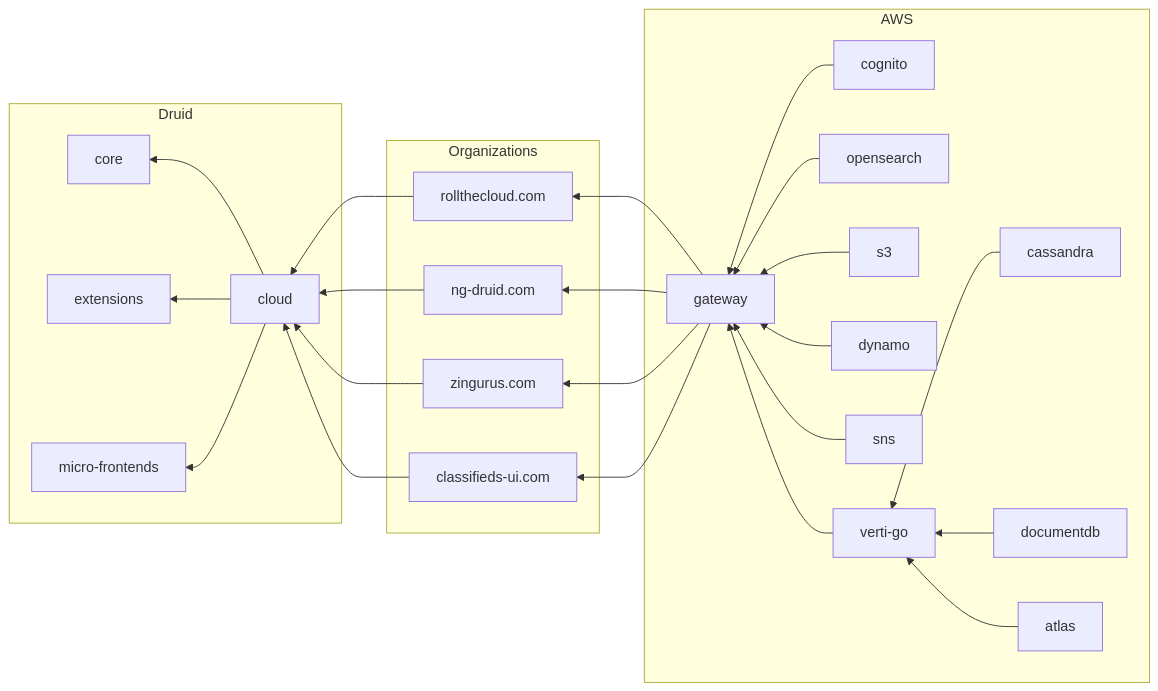
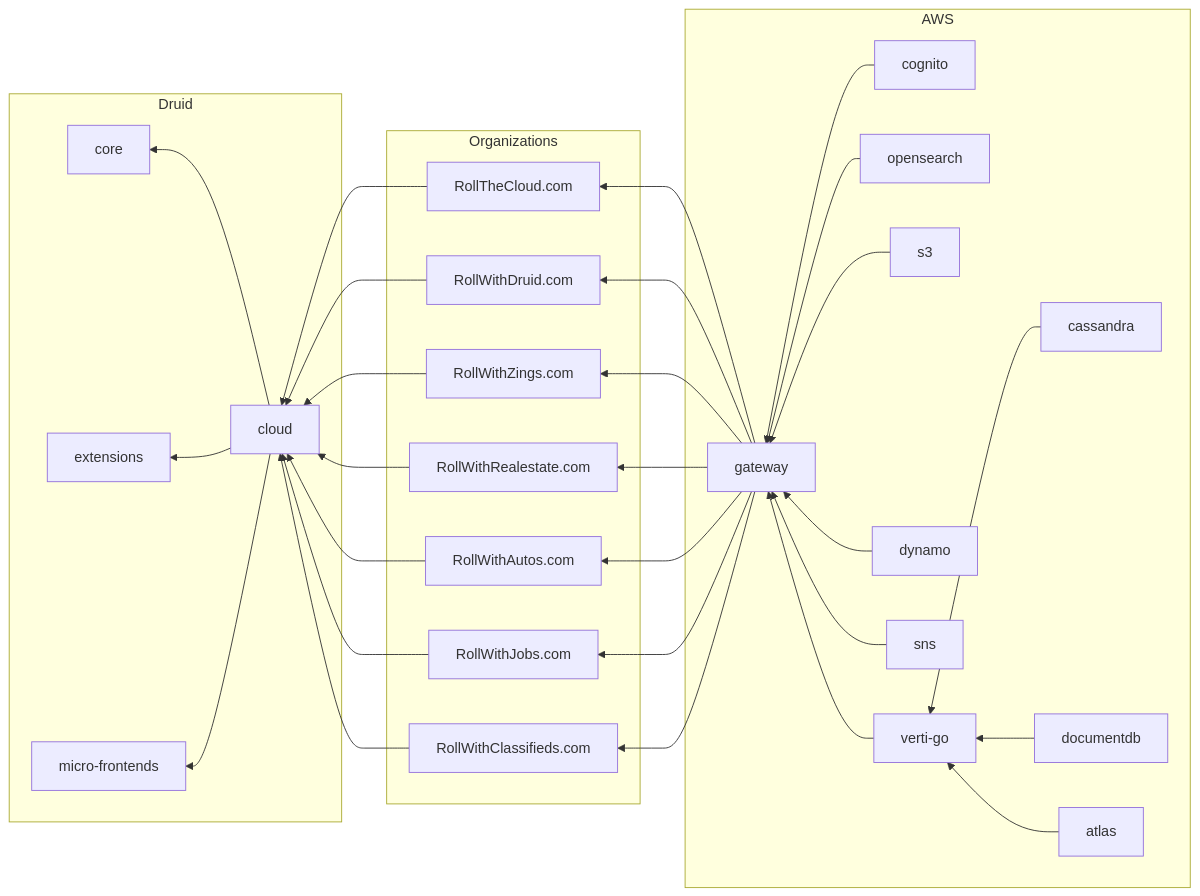
Before and after one commit to rollthecloudinc/quell: the diagram in architecture/ecosystem/README.md, drawn with Mermaid. The commit also changed other lines of this file, not shown here.

````diff
--- a/architecture/ecosystem/README.md
+++ b/architecture/ecosystem/README.md
@@ -5,32 +5,38 @@
 ```mermaid
 flowchart RL
 subgraph Druid
 core
 extensions
 micro-frontends
 cloud-->core
 cloud-->extensions
 cloud-->micro-frontends
 end
 subgraph Organizations
-dcloud[rollthecloud.com]-->cloud
-druid2[ng-druid.com]-->cloud
-zingurus[zingurus.com]-->cloud
-classifieds-ui[classifieds-ui.com]-->cloud
+dcloud[RollTheCloud.com]-->cloud
+druid2[RollWithDruid.com]-->cloud
+zingurus[RollWithZings.com]-->cloud
+realestate[RollWithRealestate.com]-->cloud
+autos[RollWithAutos.com]-->cloud
+jobs[RollWithJobs.com]-->cloud
+classifieds[RollWithClassifieds.com]-->cloud
 end
 subgraph AWS
 gateway-->dcloud
 gateway-->druid2
 gateway-->zingurus
-gateway-->classifieds-ui
+gateway-->realestate
+gateway-->autos
+gateway-->jobs
+gateway-->classifieds
 cognito-->gateway
 opensearch-->gateway
 s3-->gateway
 dynamo-->gateway
 sns-->gateway
 verti-go-->gateway
 cassandra-->verti-go
 documentdb-->verti-go
 atlas-->verti-go
 end
 ```
````
